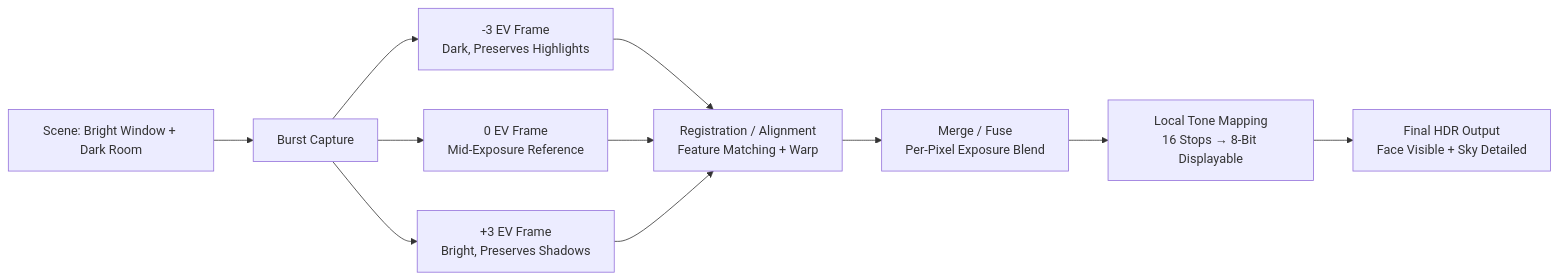
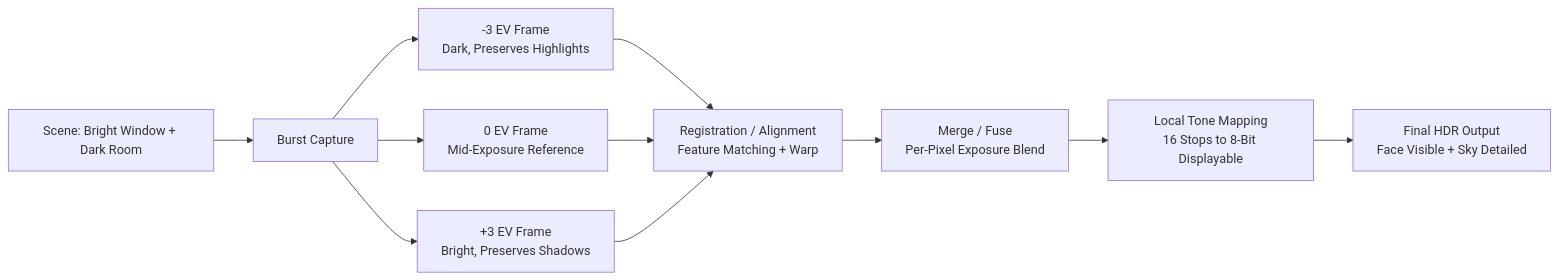
The first of 7 diagrams in website/docs/camera2/what-can-modern-smartphone-cameras-do.md (zoozooll/AndroidCameraParameters), drawn with Mermaid before and after one commit. The commit also changed other lines of this file and 378 other files, not shown here.

````diff
--- a/website/docs/camera2/what-can-modern-smartphone-cameras-do.md
+++ b/website/docs/camera2/what-can-modern-smartphone-cameras-do.md
@@ -32,13 +32,13 @@
 ```mermaid
 flowchart LR
-    A[Scene: Bright Window + Dark Room] --> B[Burst Capture]
-    B --> C1[-3 EV Frame\nDark, Preserves Highlights]
-    B --> C2[0 EV Frame\nMid-Exposure Reference]
-    B --> C3[+3 EV Frame\nBright, Preserves Shadows]
-    C1 --> D[Registration / Alignment\nFeature Matching + Warp]
+    A["Scene: Bright Window + Dark Room"] --> B["Burst Capture"]
+    B --> C1["-3 EV Frame<br/>Dark, Preserves Highlights"]
+    B --> C2["0 EV Frame<br/>Mid-Exposure Reference"]
+    B --> C3["+3 EV Frame<br/>Bright, Preserves Shadows"]
+    C1 --> D["Registration / Alignment<br/>Feature Matching + Warp"]
     C2 --> D
     C3 --> D
-    D --> E[Merge / Fuse\nPer-Pixel Exposure Blend]
-    E --> F[Local Tone Mapping\n16 Stops → 8-Bit Displayable]
-    F --> G[Final HDR Output\nFace Visible + Sky Detailed]
+    D --> E["Merge / Fuse<br/>Per-Pixel Exposure Blend"]
+    E --> F["Local Tone Mapping<br/>16 Stops to 8-Bit Displayable"]
+    F --> G["Final HDR Output<br/>Face Visible + Sky Detailed"]
 ```
````
